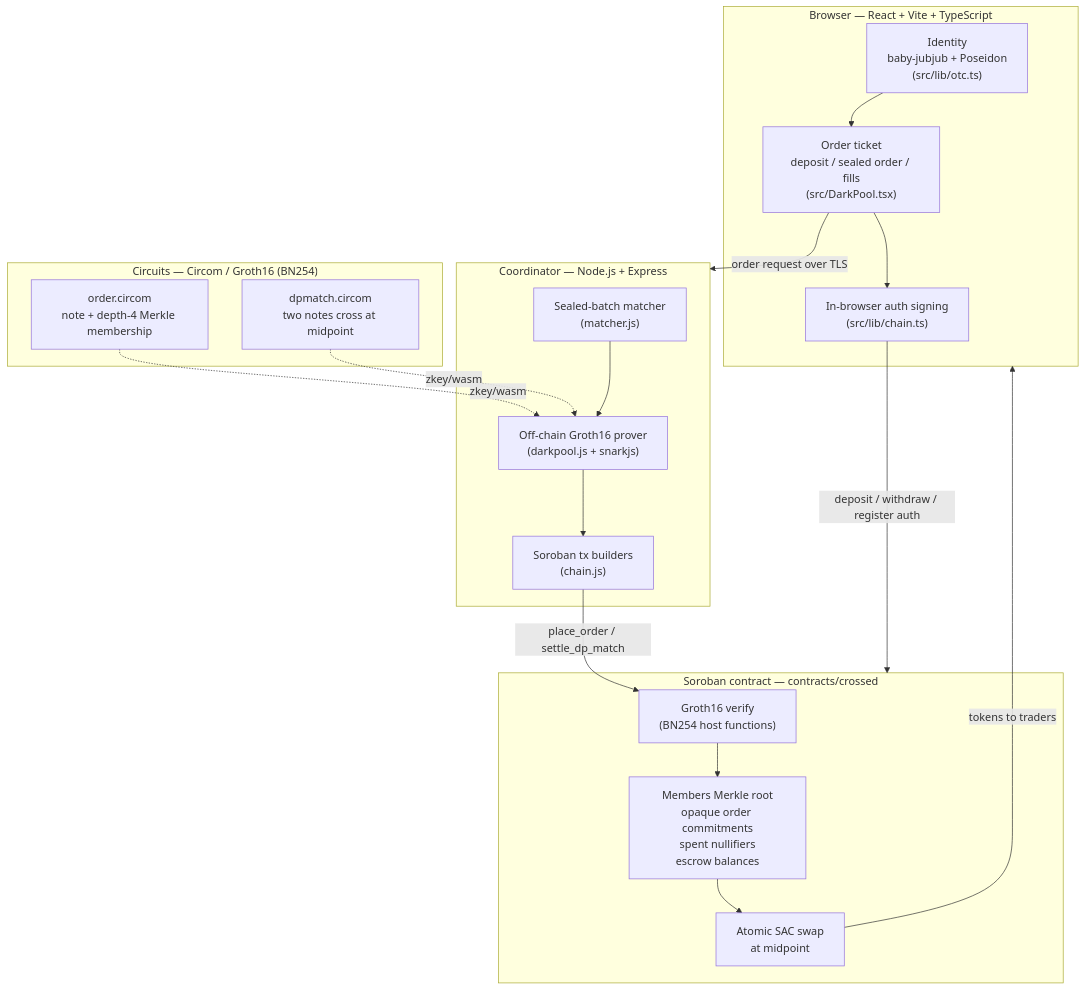
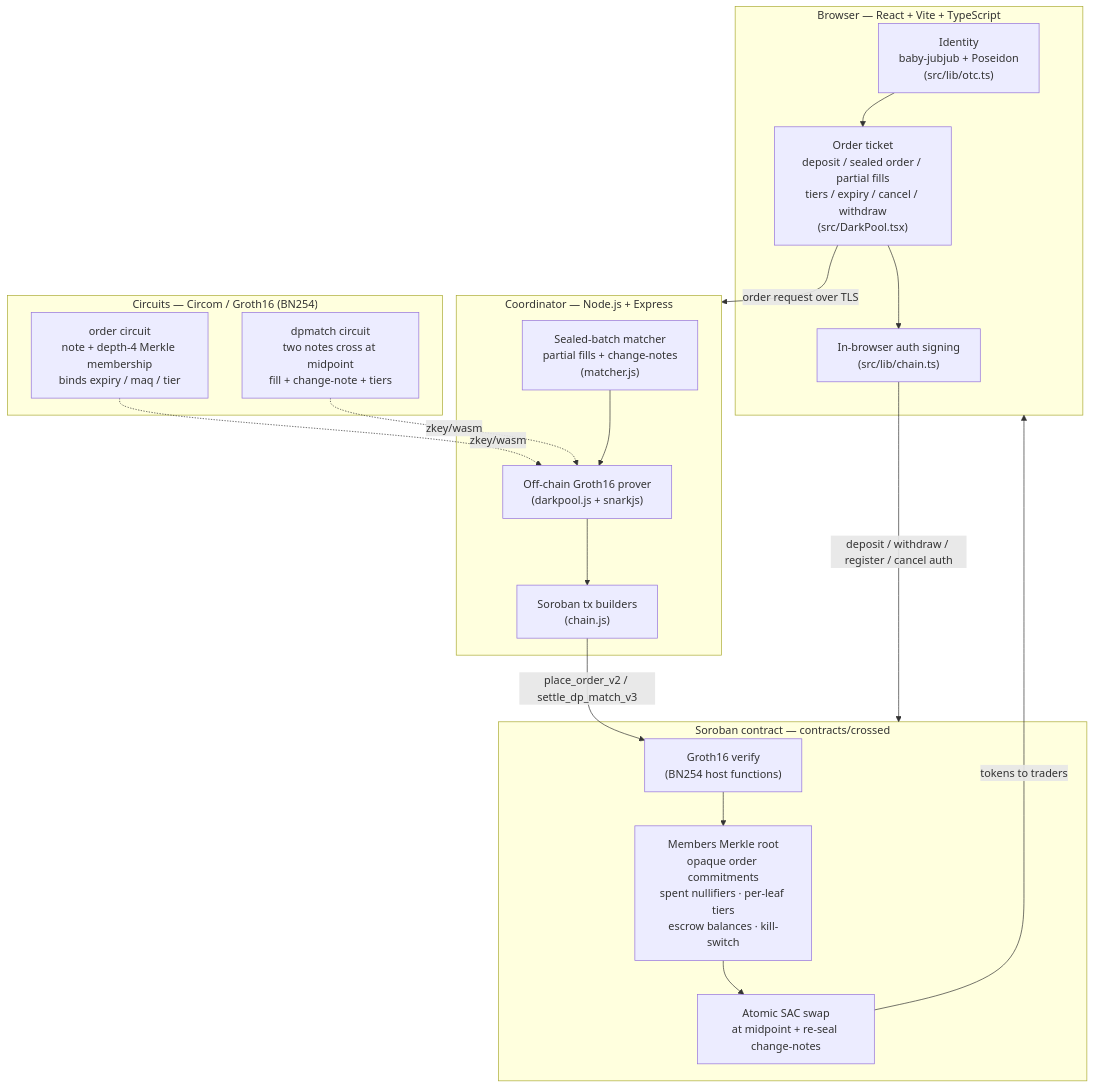
Before and after one commit to onlyoneAlexia/Crossed: the diagram in README.md, drawn with Mermaid. The commit also changed other lines of this file and 168 other files, not shown here.

````diff
--- a/README.md
+++ b/README.md
@@ -46,38 +51,38 @@
 ```mermaid
 graph TD
     subgraph Browser["Browser — React + Vite + TypeScript"]
         ID["Identity<br/>baby-jubjub + Poseidon<br/>(src/lib/otc.ts)"]
-        TICKET["Order ticket<br/>deposit / sealed order / fills<br/>(src/DarkPool.tsx)"]
+        TICKET["Order ticket<br/>deposit / sealed order / partial fills<br/>tiers / expiry / cancel / withdraw<br/>(src/DarkPool.tsx)"]
         SIGN["In-browser auth signing<br/>(src/lib/chain.ts)"]
     end
 
     subgraph Coord["Coordinator — Node.js + Express"]
-        MATCH["Sealed-batch matcher<br/>(matcher.js)"]
+        MATCH["Sealed-batch matcher<br/>partial fills + change-notes<br/>(matcher.js)"]
         PROVE["Off-chain Groth16 prover<br/>(darkpool.js + snarkjs)"]
         TX["Soroban tx builders<br/>(chain.js)"]
     end
 
     subgraph Circuits["Circuits — Circom / Groth16 (BN254)"]
-        ORDER["order.circom<br/>note + depth-4 Merkle membership"]
-        DPMATCH["dpmatch.circom<br/>two notes cross at midpoint"]
+        ORDER["order circuit<br/>note + depth-4 Merkle membership<br/>binds expiry / maq / tier"]
+        DPMATCH["dpmatch circuit<br/>two notes cross at midpoint<br/>fill + change-note + tiers"]
     end
 
     subgraph Chain["Soroban contract — contracts/crossed"]
         VERIFY["Groth16 verify<br/>(BN254 host functions)"]
-        STATE["Members Merkle root<br/>opaque order commitments<br/>spent nullifiers<br/>escrow balances"]
-        SWAP["Atomic SAC swap<br/>at midpoint"]
+        STATE["Members Merkle root<br/>opaque order commitments<br/>spent nullifiers · per-leaf tiers<br/>escrow balances · kill-switch"]
+        SWAP["Atomic SAC swap<br/>at midpoint + re-seal change-notes"]
     end
 
     ID --> TICKET
     TICKET --> SIGN
-    SIGN -->|deposit / withdraw / register auth| Chain
+    SIGN -->|deposit / withdraw / register / cancel auth| Chain
     TICKET -->|order request over TLS| Coord
     ORDER -.zkey/wasm.-> PROVE
     DPMATCH -.zkey/wasm.-> PROVE
     MATCH --> PROVE
     PROVE --> TX
-    TX -->|place_order / settle_dp_match| VERIFY
+    TX -->|place_order_v2 / settle_dp_match_v3| VERIFY
     VERIFY --> STATE
     STATE --> SWAP
     SWAP -->|tokens to traders| Browser
 ```
````
